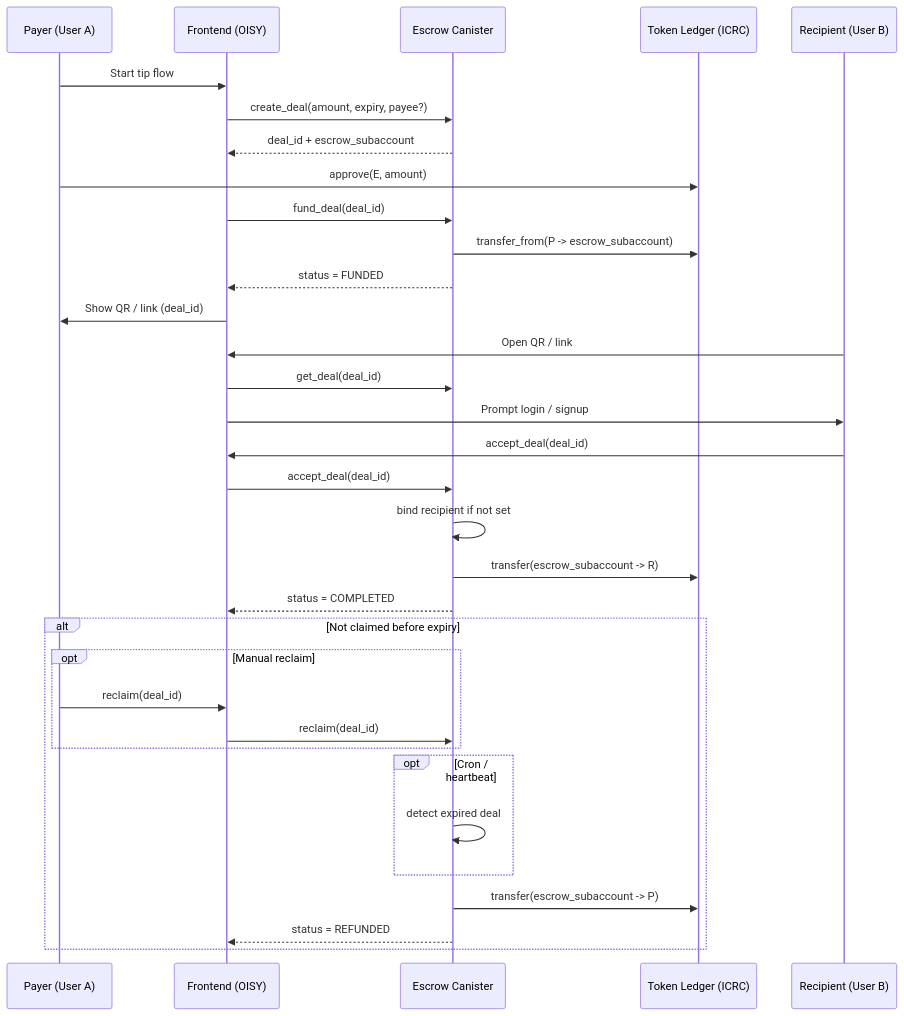
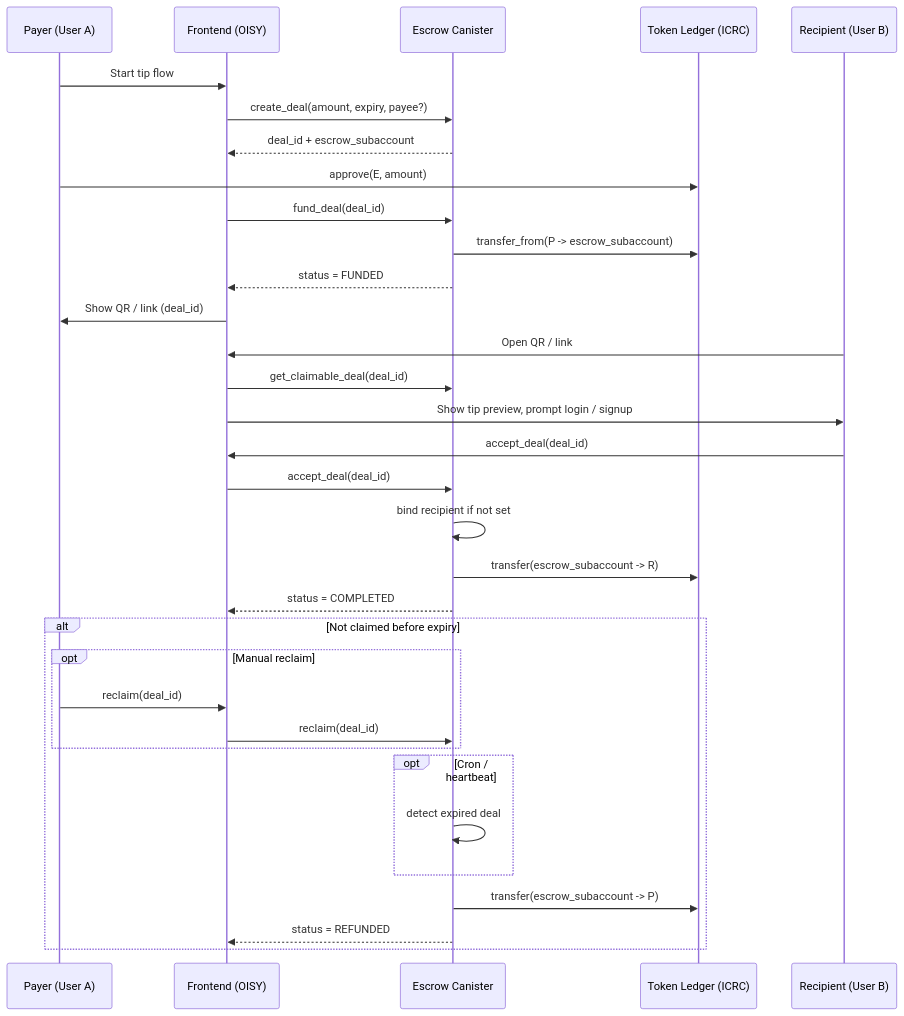
Before and after one commit to AntonioVentilii/escrow: the first of 2 diagrams in TIPS.md, drawn with Mermaid. The commit also changed 8 other files, not shown here.

````diff
--- a/TIPS.md
+++ b/TIPS.md
@@ -32,50 +32,50 @@
 ```mermaid
 sequenceDiagram
     participant P as Payer (User A)
     participant F as Frontend (OISY)
     participant E as Escrow Canister
     participant L as Token Ledger (ICRC)
     participant R as Recipient (User B)
 
     %% --- CREATE DEAL ---
     P->>F: Start tip flow
     F->>E: create_deal(amount, expiry, payee?)
     E-->>F: deal_id + escrow_subaccount
 
     %% --- FUNDING ---
     P->>L: approve(E, amount)
     F->>E: fund_deal(deal_id)
     E->>L: transfer_from(P -> escrow_subaccount)
     E-->>F: status = FUNDED
 
     %% --- SHARE ---
     F->>P: Show QR / link (deal_id)
 
     %% --- CLAIM ---
     R->>F: Open QR / link
-    F->>E: get_deal(deal_id)
-    F->>R: Prompt login / signup
+    F->>E: get_claimable_deal(deal_id)
+    F->>R: Show tip preview, prompt login / signup
 
     R->>F: accept_deal(deal_id)
     F->>E: accept_deal(deal_id)
 
     %% --- BIND RECIPIENT ---
     E->>E: bind recipient if not set
 
     %% --- SETTLEMENT ---
     E->>L: transfer(escrow_subaccount -> R)
     E-->>F: status = COMPLETED
 
     %% --- EXPIRY PATH ---
     alt Not claimed before expiry
         opt Manual reclaim
             P->>F: reclaim(deal_id)
             F->>E: reclaim(deal_id)
         end
         opt Cron / heartbeat
             E->>E: detect expired deal
         end
         E->>L: transfer(escrow_subaccount -> P)
         E-->>F: status = REFUNDED
     end
 ```
````
